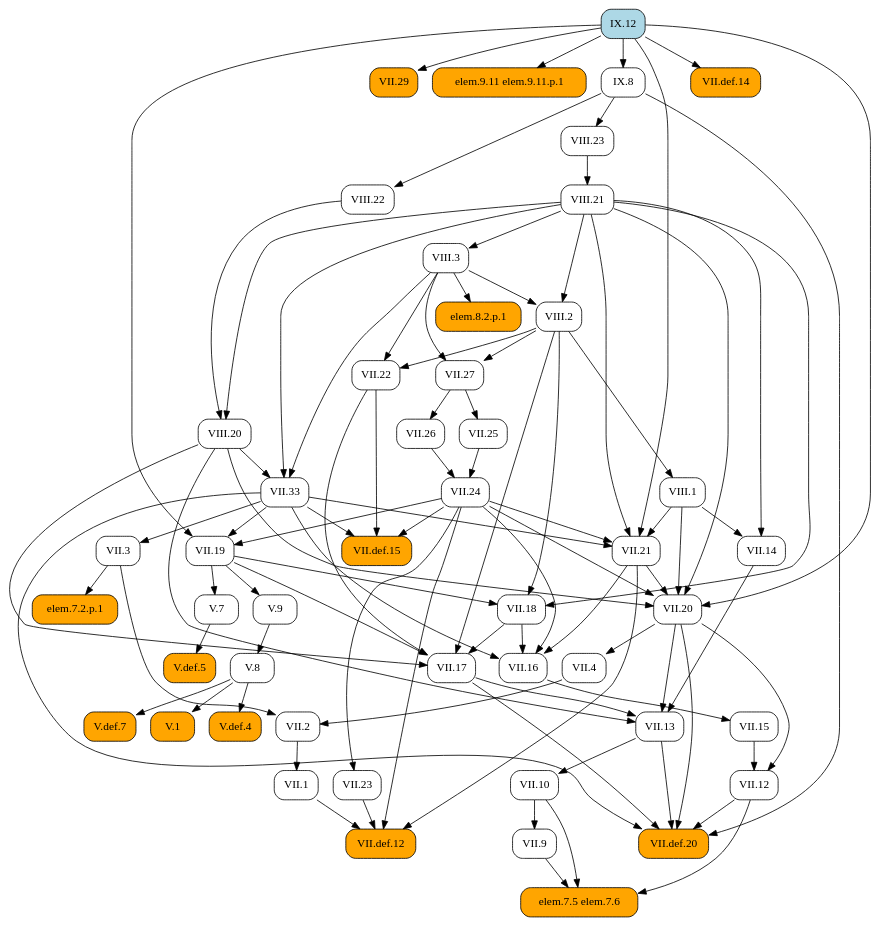
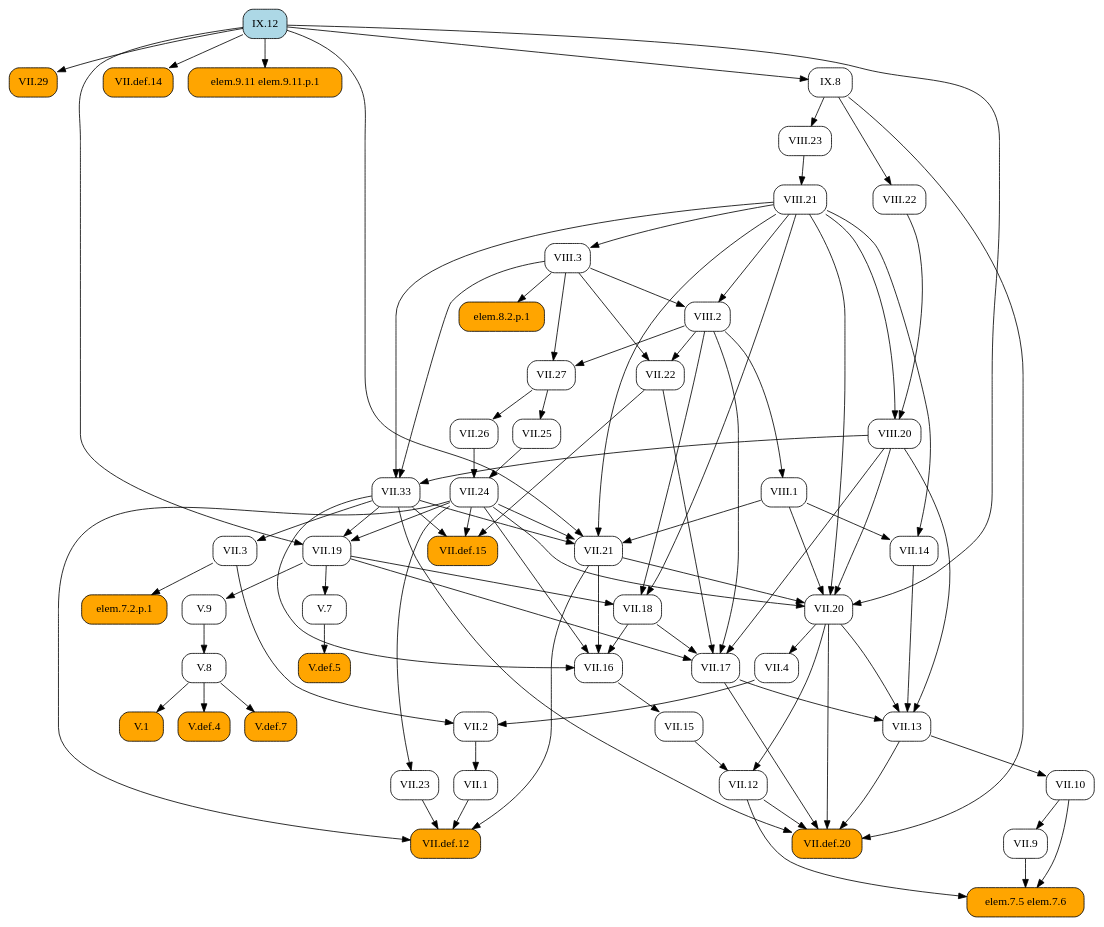
One commit to geometor/elements changed the diagram in docsrc/heath/IX/12/index.rst. Above: the diagram before and after it, drawn with Graphviz. The commit also changed other lines of this file and 1029 other files, not shown here.

```diff
--- a/docsrc/heath/IX/12/index.rst
+++ b/docsrc/heath/IX/12/index.rst
@@ -72,144 +72,144 @@
    digraph {
      rankdir="TB";
      node [shape=box, style=rounded];
+     "VII.1" [URL="/heath/VII/1/", target="_top"];
+     "VII.9" [URL="/heath/VII/9/", target="_top"];
+     "V.def.5" [style="rounded,filled", fillcolor=orange, URL="/heath/V/def.5/", target="_top"];
+     "VII.29" [style="rounded,filled", fillcolor=orange, URL="/heath/VII/29/", target="_top"];
+     "VIII.23" [URL="/heath/VIII/23/", target="_top"];
+     "IX.12" [style="rounded,filled", fillcolor=lightblue, URL="/heath/IX/12/", target="_top"];
+     "VII.17" [URL="/heath/VII/17/", target="_top"];
+     "VII.3" [URL="/heath/VII/3/", target="_top"];
+     "elem.7.5 elem.7.6" [style="rounded,filled", fillcolor=orange];
+     "VIII.21" [URL="/heath/VIII/21/", target="_top"];
+     "V.7" [URL="/heath/V/7/", target="_top"];
+     "V.9" [URL="/heath/V/9/", target="_top"];
+     "VII.13" [URL="/heath/VII/13/", target="_top"];
+     "VII.2" [URL="/heath/VII/2/", target="_top"];
+     "VIII.1" [URL="/heath/VIII/1/", target="_top"];
+     "VIII.2" [URL="/heath/VIII/2/", target="_top"];
+     "VII.12" [URL="/heath/VII/12/", target="_top"];
+     "IX.8" [URL="/heath/IX/8/", target="_top"];
+     "VII.24" [URL="/heath/VII/24/", target="_top"];
+     "VII.def.14" [style="rounded,filled", fillcolor=orange, URL="/heath/VII/def.14/", target="_top"];
+     "VII.def.12" [style="rounded,filled", fillcolor=orange, URL="/heath/VII/def.12/", target="_top"];
+     "V.8" [URL="/heath/V/8/", target="_top"];
+     "VII.33" [URL="/heath/VII/33/", target="_top"];
+     "VIII.22" [URL="/heath/VIII/22/", target="_top"];
+     "elem.7.2.p.1" [style="rounded,filled", fillcolor=orange];
+     "elem.9.11 elem.9.11.p.1" [style="rounded,filled", fillcolor=orange];
+     "VII.10" [URL="/heath/VII/10/", target="_top"];
+     "VII.def.15" [style="rounded,filled", fillcolor=orange, URL="/heath/VII/def.15/", target="_top"];
+     "VII.19" [URL="/heath/VII/19/", target="_top"];
+     "VII.18" [URL="/heath/VII/18/", target="_top"];
+     "VII.16" [URL="/heath/VII/16/", target="_top"];
+     "VII.26" [URL="/heath/VII/26/", target="_top"];
+     "VII.4" [URL="/heath/VII/4/", target="_top"];
+     "VII.25" [URL="/heath/VII/25/", target="_top"];
+     "VII.21" [URL="/heath/VII/21/", target="_top"];
      "V.1" [style="rounded,filled", fillcolor=orange, URL="/heath/V/1/", target="_top"];
-     "IX.8" [URL="/heath/IX/8/", target="_top"];
-     "VII.29" [style="rounded,filled", fillcolor=orange, URL="/heath/VII/29/", target="_top"];
-     "VII.12" [URL="/heath/VII/12/", target="_top"];
-     "VIII.21" [URL="/heath/VIII/21/", target="_top"];
-     "VII.16" [URL="/heath/VII/16/", target="_top"];
-     "VII.13" [URL="/heath/VII/13/", target="_top"];
+     "VII.20" [URL="/heath/VII/20/", target="_top"];
      "VII.14" [URL="/heath/VII/14/", target="_top"];
+     "VII.27" [URL="/heath/VII/27/", target="_top"];
+     "VIII.3" [URL="/heath/VIII/3/", target="_top"];
      "V.def.4" [style="rounded,filled", fillcolor=orange, URL="/heath/V/def.4/", target="_top"];
-     "VII.def.15" [style="rounded,filled", fillcolor=orange, URL="/heath/VII/def.15/", target="_top"];
-     "VII.18" [URL="/heath/VII/18/", target="_top"];
-     "V.8" [URL="/heath/V/8/", target="_top"];
-     "elem.9.11 elem.9.11.p.1" [style="rounded,filled", fillcolor=orange];
-     "VII.21" [URL="/heath/VII/21/", target="_top"];
+     "VII.22" [URL="/heath/VII/22/", target="_top"];
      "VIII.20" [URL="/heath/VIII/20/", target="_top"];
-     "V.7" [URL="/heath/V/7/", target="_top"];
-     "VII.def.12" [style="rounded,filled", fillcolor=orange, URL="/heath/VII/def.12/", target="_top"];
+     "V.def.7" [style="rounded,filled", fillcolor=orange, URL="/heath/V/def.7/", target="_top"];
+     "VII.23" [URL="/heath/VII/23/", target="_top"];
      "VII.15" [URL="/heath/VII/15/", target="_top"];
-     "VII.2" [URL="/heath/VII/2/", target="_top"];
      "VII.def.20" [style="rounded,filled", fillcolor=orange, URL="/heath/VII/def.20/", target="_top"];
-     "elem.7.5 elem.7.6" [style="rounded,filled", fillcolor=orange];
-     "VII.3" [URL="/heath/VII/3/", target="_top"];
      "elem.8.2.p.1" [style="rounded,filled", fillcolor=orange];
-     "VII.10" [URL="/heath/VII/10/", target="_top"];
-     "VIII.23" [URL="/heath/VIII/23/", target="_top"];
-     "V.def.7" [style="rounded,filled", fillcolor=orange, URL="/heath/V/def.7/", target="_top"];
-     "VII.20" [URL="/heath/VII/20/", target="_top"];
-     "IX.12" [style="rounded,filled", fillcolor=lightblue, URL="/heath/IX/12/", target="_top"];
-     "VII.def.14" [style="rounded,filled", fillcolor=orange, URL="/heath/VII/def.14/", target="_top"];
-     "VII.9" [URL="/heath/VII/9/", target="_top"];
-     "VIII.1" [URL="/heath/VIII/1/", target="_top"];
-     "VII.25" [URL="/heath/VII/25/", target="_top"];
-     "VII.23" [URL="/heath/VII/23/", target="_top"];
-     "VII.27" [URL="/heath/VII/27/", target="_top"];
-     "VIII.2" [URL="/heath/VIII/2/", target="_top"];
-     "VII.24" [URL="/heath/VII/24/", target="_top"];
-     "VIII.3" [URL="/heath/VIII/3/", target="_top"];
-     "VII.19" [URL="/heath/VII/19/", target="_top"];
-     "VII.4" [URL="/heath/VII/4/", target="_top"];
-     "elem.7.2.p.1" [style="rounded,filled", fillcolor=orange];
-     "V.9" [URL="/heath/V/9/", target="_top"];
-     "VII.26" [URL="/heath/VII/26/", target="_top"];
-     "VIII.22" [URL="/heath/VIII/22/", target="_top"];
-     "VII.1" [URL="/heath/VII/1/", target="_top"];
-     "VII.22" [URL="/heath/VII/22/", target="_top"];
-     "VII.33" [URL="/heath/VII/33/", target="_top"];
-     "V.def.5" [style="rounded,filled", fillcolor=orange, URL="/heath/V/def.5/", target="_top"];
-     "VII.17" [URL="/heath/VII/17/", target="_top"];
-     "V.8" -> "V.1";
-     "IX.12" -> "IX.8";
+     "VII.2" -> "VII.1";
+     "VII.10" -> "VII.9";
+     "V.7" -> "V.def.5";
      "IX.12" -> "VII.29";
+     "IX.8" -> "VIII.23";
+     "VII.18" -> "VII.17";
+     "VII.19" -> "VII.17";
+     "VII.22" -> "VII.17";
+     "VIII.2" -> "VII.17";
+     "VIII.20" -> "VII.17";
+     "VII.33" -> "VII.3";
+     "VII.9" -> "elem.7.5 elem.7.6";
+     "VII.10" -> "elem.7.5 elem.7.6";
+     "VII.12" -> "elem.7.5 elem.7.6";
+     "VIII.23" -> "VIII.21";
+     "VII.19" -> "V.7";
+     "VII.19" -> "V.9";
+     "VII.14" -> "VII.13";
+     "VII.17" -> "VII.13";
+     "VII.20" -> "VII.13";
+     "VIII.20" -> "VII.13";
+     "VII.3" -> "VII.2";
+     "VII.4" -> "VII.2";
+     "VIII.2" -> "VIII.1";
+     "VIII.3" -> "VIII.2";
+     "VIII.21" -> "VIII.2";
      "VII.15" -> "VII.12";
      "VII.20" -> "VII.12";
-     "VIII.23" -> "VIII.21";
+     "IX.12" -> "IX.8";
+     "VII.25" -> "VII.24";
+     "VII.26" -> "VII.24";
+     "IX.12" -> "VII.def.14";
+     "VII.1" -> "VII.def.12";
+     "VII.21" -> "VII.def.12";
+     "VII.23" -> "VII.def.12";
+     "VII.24" -> "VII.def.12";
+     "V.9" -> "V.8";
+     "VIII.3" -> "VII.33";
+     "VIII.20" -> "VII.33";
+     "VIII.21" -> "VII.33";
+     "IX.8" -> "VIII.22";
+     "VII.3" -> "elem.7.2.p.1";
+     "IX.12" -> "elem.9.11 elem.9.11.p.1";
+     "VII.13" -> "VII.10";
+     "VII.22" -> "VII.def.15";
+     "VII.24" -> "VII.def.15";
+     "VII.33" -> "VII.def.15";
+     "VII.24" -> "VII.19";
+     "VII.33" -> "VII.19";
+     "IX.12" -> "VII.19";
+     "VII.19" -> "VII.18";
+     "VIII.2" -> "VII.18";
+     "VIII.21" -> "VII.18";
      "VII.18" -> "VII.16";
      "VII.21" -> "VII.16";
      "VII.24" -> "VII.16";
      "VII.33" -> "VII.16";
-     "VII.14" -> "VII.13";
-     "VII.17" -> "VII.13";
-     "VII.20" -> "VII.13";
-     "VIII.20" -> "VII.13";
-     "VIII.1" -> "VII.14";
-     "VIII.21" -> "VII.14";
-     "V.8" -> "V.def.4";
-     "VII.22" -> "VII.def.15";
-     "VII.24" -> "VII.def.15";
-     "VII.33" -> "VII.def.15";
-     "VII.19" -> "VII.18";
-     "VIII.2" -> "VII.18";
-     "VIII.21" -> "VII.18";
-     "V.9" -> "V.8";
-     "IX.12" -> "elem.9.11 elem.9.11.p.1";
+     "VII.27" -> "VII.26";
+     "VII.20" -> "VII.4";
+     "VII.27" -> "VII.25";
      "VII.24" -> "VII.21";
      "VII.33" -> "VII.21";
      "VIII.1" -> "VII.21";
      "VIII.21" -> "VII.21";
      "IX.12" -> "VII.21";
+     "V.8" -> "V.1";
+     "VII.21" -> "VII.20";
+     "VII.24" -> "VII.20";
+     "VIII.1" -> "VII.20";
+     "VIII.20" -> "VII.20";
+     "VIII.21" -> "VII.20";
+     "IX.12" -> "VII.20";
+     "VIII.1" -> "VII.14";
+     "VIII.21" -> "VII.14";
+     "VIII.2" -> "VII.27";
+     "VIII.3" -> "VII.27";
+     "VIII.21" -> "VIII.3";
+     "V.8" -> "V.def.4";
+     "VIII.2" -> "VII.22";
+     "VIII.3" -> "VII.22";
      "VIII.21" -> "VIII.20";
      "VIII.22" -> "VIII.20";
-     "VII.19" -> "V.7";
-     "VII.1" -> "VII.def.12";
-     "VII.21" -> "VII.def.12";
-     "VII.23" -> "VII.def.12";
-     "VII.24" -> "VII.def.12";
+     "V.8" -> "V.def.7";
+     "VII.24" -> "VII.23";
      "VII.16" -> "VII.15";
-     "VII.3" -> "VII.2";
-     "VII.4" -> "VII.2";
      "VII.12" -> "VII.def.20";
      "VII.13" -> "VII.def.20";
      "VII.17" -> "VII.def.20";
      "VII.20" -> "VII.def.20";
      "VII.33" -> "VII.def.20";
      "IX.8" -> "VII.def.20";
-     "VII.9" -> "elem.7.5 elem.7.6";
-     "VII.10" -> "elem.7.5 elem.7.6";
-     "VII.12" -> "elem.7.5 elem.7.6";
-     "VII.33" -> "VII.3";
      "VIII.3" -> "elem.8.2.p.1";
-     "VII.13" -> "VII.10";
-     "IX.8" -> "VIII.23";
-     "V.8" -> "V.def.7";
-     "VII.21" -> "VII.20";
-     "VII.24" -> "VII.20";
-     "VIII.1" -> "VII.20";
-     "VIII.20" -> "VII.20";
-     "VIII.21" -> "VII.20";
-     "IX.12" -> "VII.20";
-     "IX.12" -> "VII.def.14";
-     "VII.10" -> "VII.9";
-     "VIII.2" -> "VIII.1";
-     "VII.27" -> "VII.25";
-     "VII.24" -> "VII.23";
-     "VIII.2" -> "VII.27";
-     "VIII.3" -> "VII.27";
-     "VIII.3" -> "VIII.2";
-     "VIII.21" -> "VIII.2";
-     "VII.25" -> "VII.24";
-     "VII.26" -> "VII.24";
-     "VIII.21" -> "VIII.3";
-     "VII.24" -> "VII.19";
-     "VII.33" -> "VII.19";
-     "IX.12" -> "VII.19";
-     "VII.20" -> "VII.4";
-     "VII.3" -> "elem.7.2.p.1";
-     "VII.19" -> "V.9";
-     "VII.27" -> "VII.26";
-     "IX.8" -> "VIII.22";
-     "VII.2" -> "VII.1";
-     "VIII.2" -> "VII.22";
-     "VIII.3" -> "VII.22";
-     "VIII.3" -> "VII.33";
-     "VIII.20" -> "VII.33";
-     "VIII.21" -> "VII.33";
-     "V.7" -> "V.def.5";
-     "VII.18" -> "VII.17";
-     "VII.19" -> "VII.17";
-     "VII.22" -> "VII.17";
-     "VIII.2" -> "VII.17";
-     "VIII.20" -> "VII.17";
    }
```
